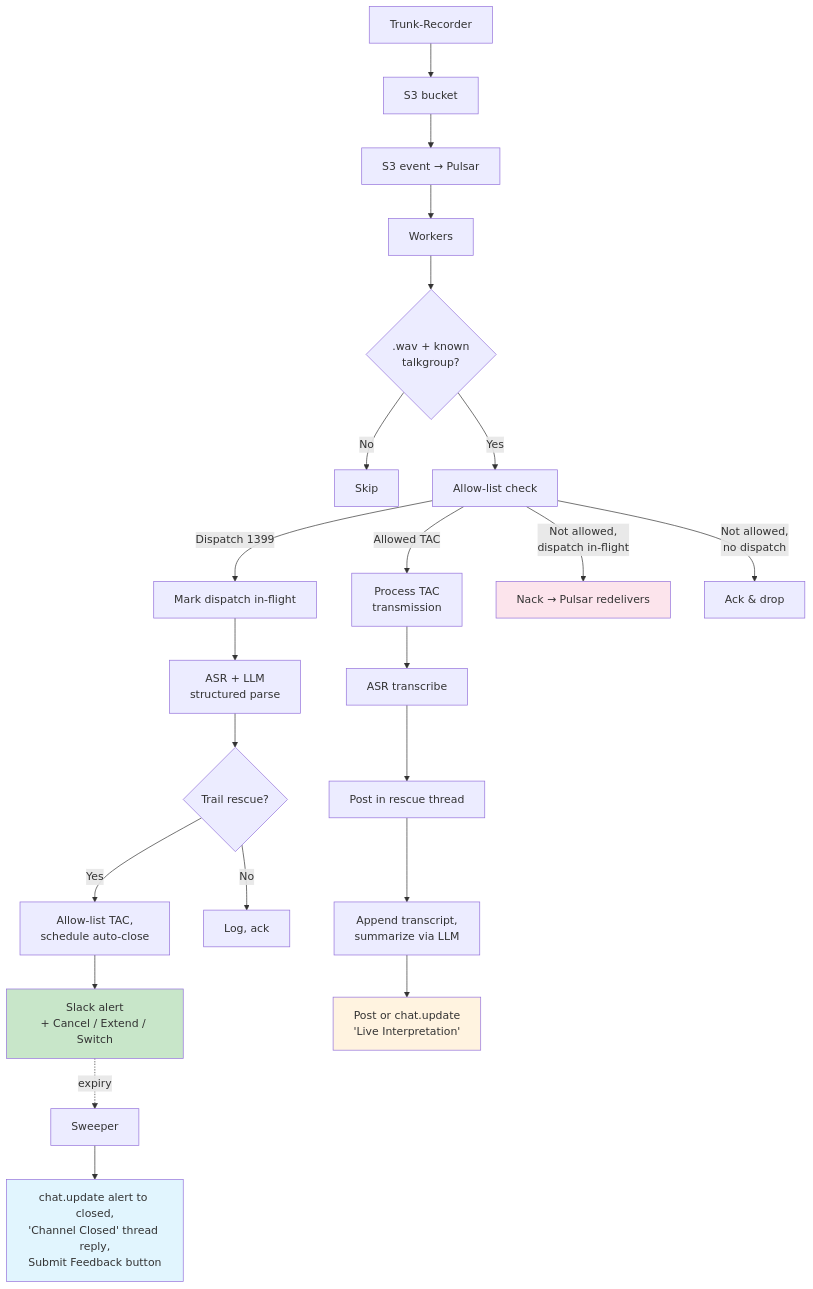
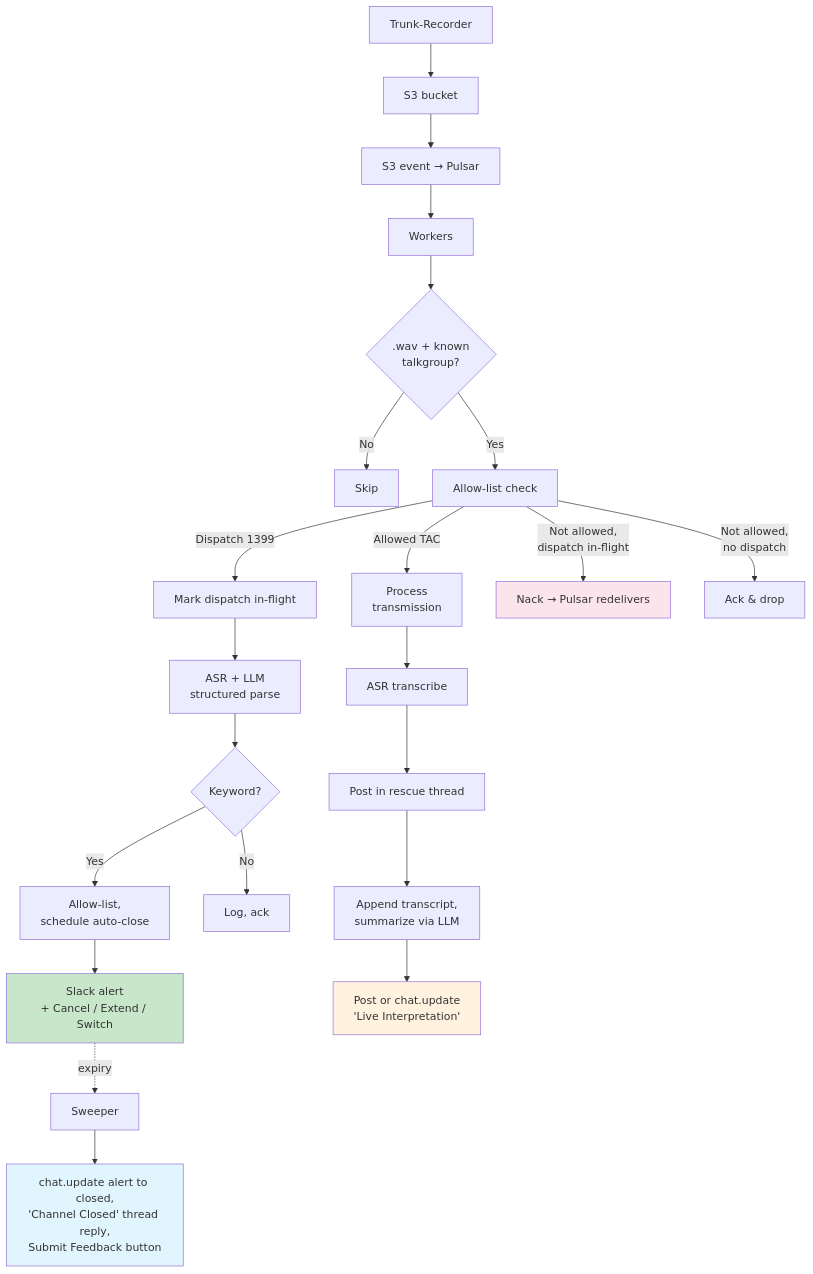
One commit to searchandrescuegg/transcribe changed the diagram in README.md. Above: the diagram before and after it, drawn with Mermaid. The commit also changed other lines of this file, not shown here.

````diff
--- a/README.md
+++ b/README.md
@@ -62,34 +60,34 @@
 ```mermaid
 flowchart TD
     A[Trunk-Recorder] --> B[S3 bucket]
     B --> C[S3 event → Pulsar]
     C --> D[Workers]
 
     D --> E{.wav + known<br/>talkgroup?}
     E -->|No| Z[Skip]
     E -->|Yes| F[Allow-list check]
 
     F -->|Dispatch 1399| G[Mark dispatch in-flight]
-    F -->|Allowed TAC| TAC[Process TAC<br/>transmission]
+    F -->|Allowed TAC| TAC[Process<br/>transmission]
     F -->|Not allowed,<br/>dispatch in-flight| RETRY[Nack → Pulsar redelivers]
     F -->|Not allowed,<br/>no dispatch| ACK[Ack & drop]
 
     G --> H[ASR + LLM<br/>structured parse]
-    H --> I{Trail rescue?}
-    I -->|Yes| J[Allow-list TAC,<br/>schedule auto-close]
+    H --> I{Keyword?}
+    I -->|Yes| J[Allow-list,<br/>schedule auto-close]
     I -->|No| L[Log, ack]
     J --> K[Slack alert<br/>+ Cancel / Extend / Switch]
 
     TAC --> M[ASR transcribe]
     M --> N[Post in rescue thread]
     N --> P[Append transcript,<br/>summarize via LLM]
     P --> Q[Post or chat.update<br/>'Live Interpretation']
 
     K -.expiry.-> S[Sweeper]
     S --> T[chat.update alert to closed,<br/>'Channel Closed' thread reply,<br/>Submit Feedback button]
 
     style K fill:#c8e6c9
     style Q fill:#fff3e0
     style T fill:#e1f5fe
     style RETRY fill:#fce4ec
 ```
````
